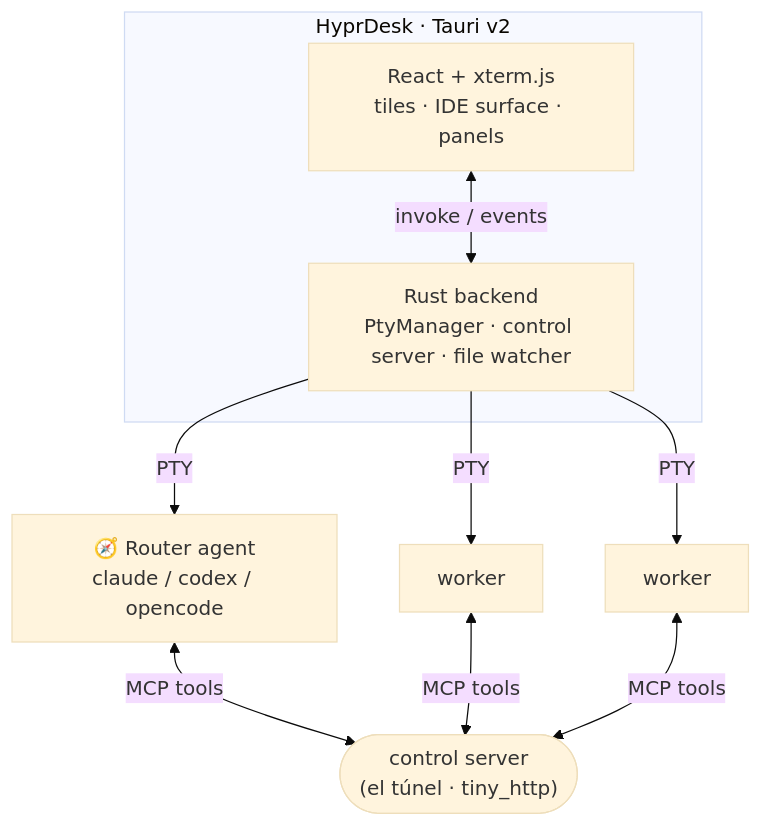
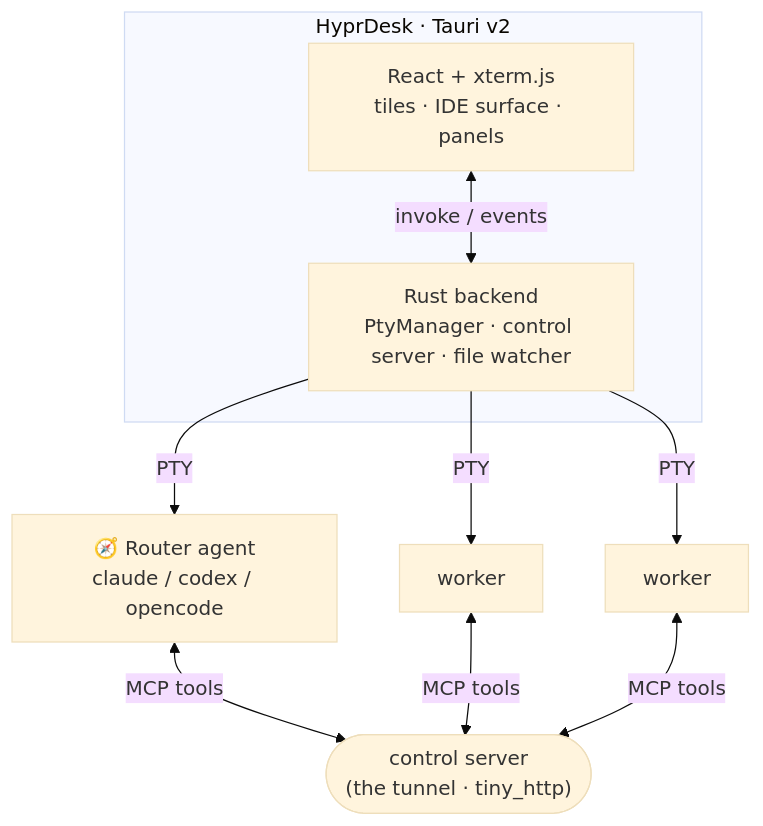
Before and after one commit to Mats2208/hyprdesk: the first of 2 diagrams in README.md, drawn with Mermaid (base theme). The commit also changed other lines of this file, not shown here.

````diff
--- a/README.md
+++ b/README.md
@@ -73,15 +122,15 @@
 ```mermaid
 flowchart TB
   subgraph APP["HyprDesk · Tauri v2"]
     FE["React + xterm.js<br/>tiles · IDE surface · panels"]
     BE["Rust backend<br/>PtyManager · control server · file watcher"]
     FE <-->|invoke / events| BE
   end
   BE -->|PTY| R["🧭 Router agent<br/>claude / codex / opencode"]
   BE -->|PTY| W1["worker"]
   BE -->|PTY| W2["worker"]
-  HUB(["control server<br/>(el túnel · tiny_http)"])
+  HUB(["control server<br/>(the tunnel · tiny_http)"])
   R <-->|MCP tools| HUB
   W1 <-->|MCP tools| HUB
   W2 <-->|MCP tools| HUB
 ```
````
